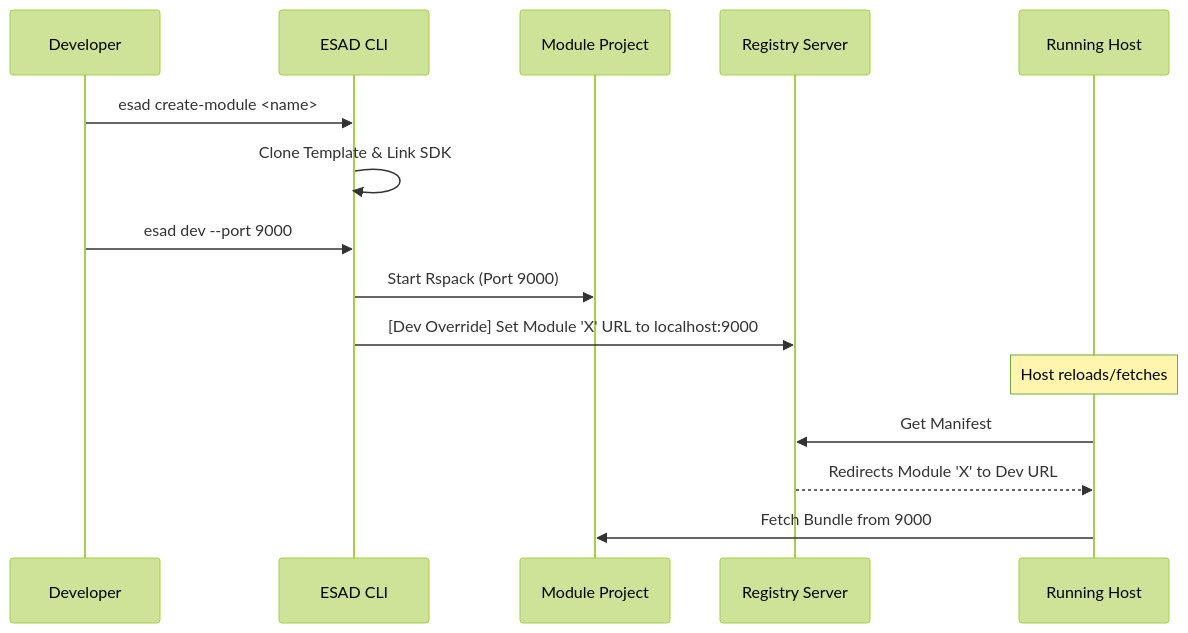
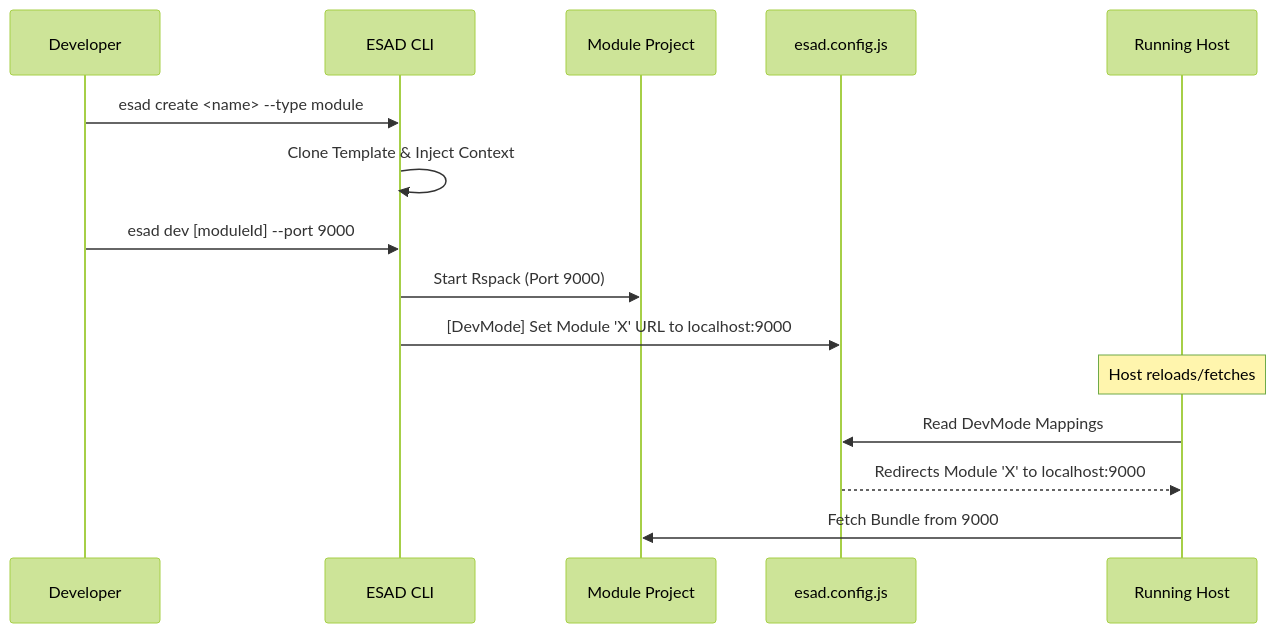
The second of 3 diagrams in ESAD_ARCHITECTURE.md (CodeMoreira/esad), drawn with Mermaid (forest theme) before and after one commit. The commit also changed 1 other file, not shown here.

Commit message:
docs: update architecture diagrams and remove obsolete requirements

````diff
--- a/ESAD_ARCHITECTURE.md
+++ b/ESAD_ARCHITECTURE.md
@@ -85,20 +85,20 @@
 ```mermaid
 sequenceDiagram
     participant Dev as Developer
     participant CLI as ESAD CLI
     participant Mod as Module Project
-    participant Reg as Registry Server
+    participant Config as esad.config.js
     participant Host as Running Host
 
-    Dev->>CLI: esad create-module <name>
-    CLI->>CLI: Clone Template & Link SDK
+    Dev->>CLI: esad create <name> --type module
+    CLI->>CLI: Clone Template & Inject Context
     
-    Dev->>CLI: esad dev --port 9000
+    Dev->>CLI: esad dev [moduleId] --port 9000
     CLI->>Mod: Start Rspack (Port 9000)
-    CLI->>Reg: [Dev Override] Set Module 'X' URL to localhost:9000
+    CLI->>Config: [DevMode] Set Module 'X' URL to localhost:9000
     
     Note over Host: Host reloads/fetches
-    Host->>Reg: Get Manifest
-    Reg-->>Host: Redirects Module 'X' to Dev URL
+    Host->>Config: Read DevMode Mappings
+    Config-->>Host: Redirects Module 'X' to localhost:9000
     Host->>Mod: Fetch Bundle from 9000
 ```
````
